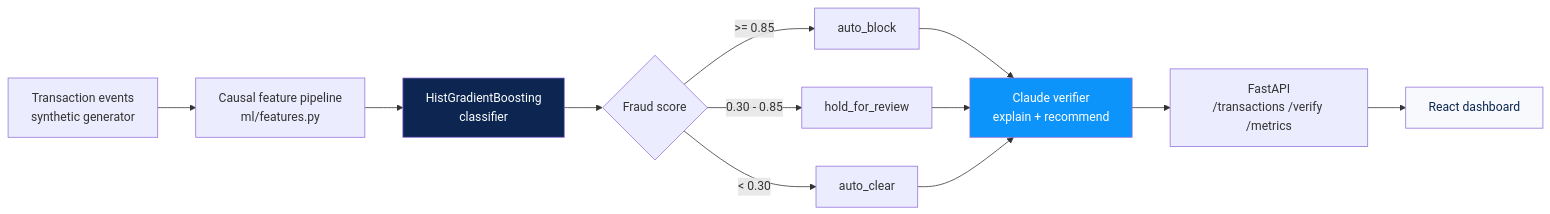
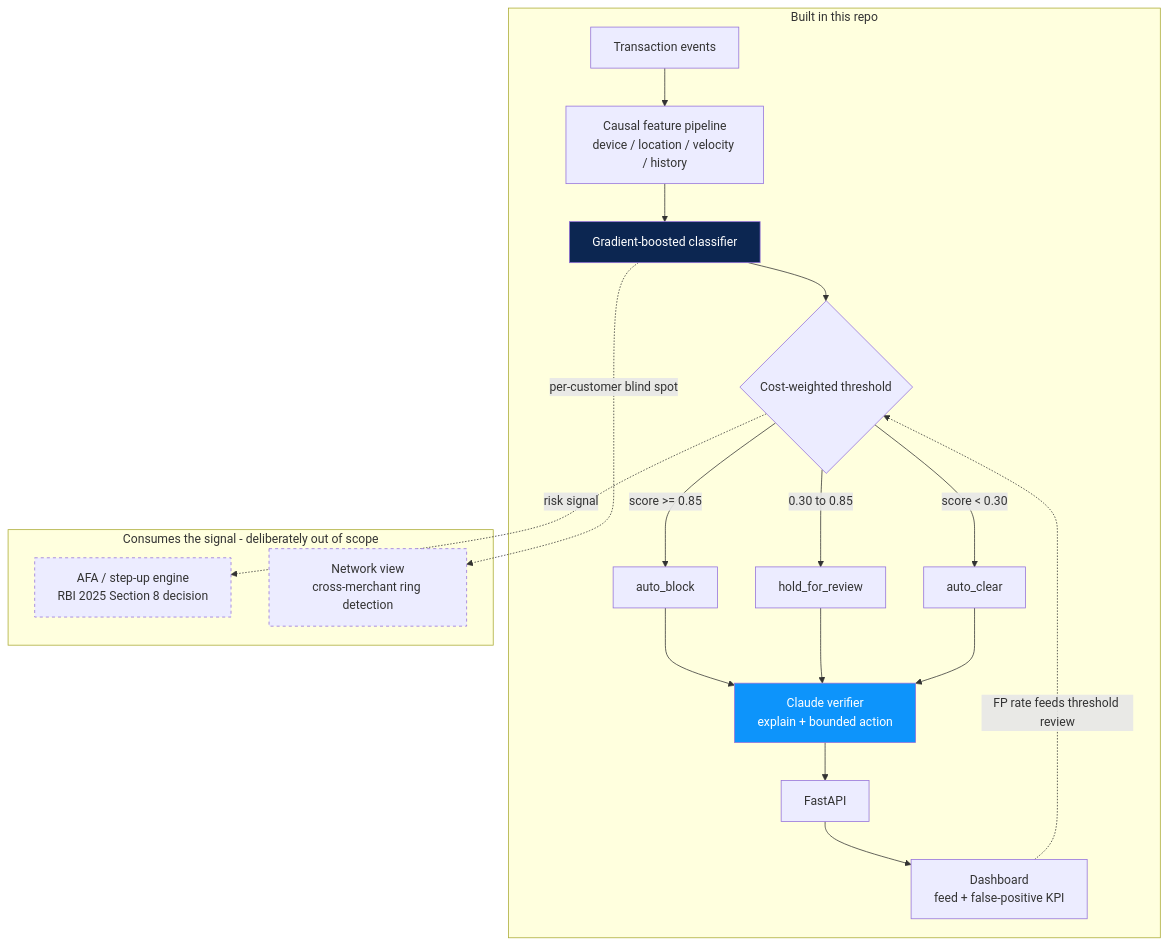
One commit to Aahan0605/Razorpay_ps changed the diagram in README.md. Above: the diagram before and after it, drawn with Mermaid. The commit also changed other lines of this file, not shown here.

Commit message:
docs: architecture diagram shows scope boundary and FP feedback loop
Separates what the repo builds (risk signal) from what would consume it
(AFA step-up decision, network-level ring detection).

````diff
--- a/README.md
+++ b/README.md
@@ -28,18 +28,30 @@
 ```mermaid
-flowchart LR
-    A[Transaction events<br/>synthetic generator] --> B[Causal feature pipeline<br/>ml/features.py]
-    B --> C[HistGradientBoosting<br/>classifier]
-    C --> D{Fraud score}
-    D -->|>= 0.85| E[auto_block]
-    D -->|0.30 - 0.85| F[hold_for_review]
-    D -->|< 0.30| G[auto_clear]
-    E --> H[Claude verifier<br/>explain + recommend]
-    F --> H
-    G --> H
-    H --> I[FastAPI<br/>/transactions /verify /metrics]
-    I --> J[React dashboard]
+flowchart TB
+    subgraph BUILT["Built in this repo"]
+        A["Transaction events"] --> B["Causal feature pipeline<br/>device / location / velocity / history"]
+        B --> C["Gradient-boosted classifier"]
+        C --> D{"Cost-weighted threshold"}
+        D -->|"score >= 0.85"| E["auto_block"]
+        D -->|"0.30 to 0.85"| F["hold_for_review"]
+        D -->|"score < 0.30"| G["auto_clear"]
+        E --> H["Claude verifier<br/>explain + bounded action"]
+        F --> H
+        G --> H
+        H --> I["FastAPI"]
+        I --> J["Dashboard<br/>feed + false-positive KPI"]
+        J -.->|"FP rate feeds threshold review"| D
+    end
+
+    subgraph OUT["Consumes the signal - deliberately out of scope"]
+        K["AFA / step-up engine<br/>RBI 2025 Section 8 decision"]
+        L["Network view<br/>cross-merchant ring detection"]
+    end
+
+    D -.->|"risk signal"| K
+    C -.->|"per-customer blind spot"| L
 
     style C fill:#0C2651,color:#fff
     style H fill:#0D94FB,color:#fff
-    style J fill:#F7F9FC,color:#0C2651
+    style K stroke-dasharray: 4 4
+    style L stroke-dasharray: 4 4
 ```
````
